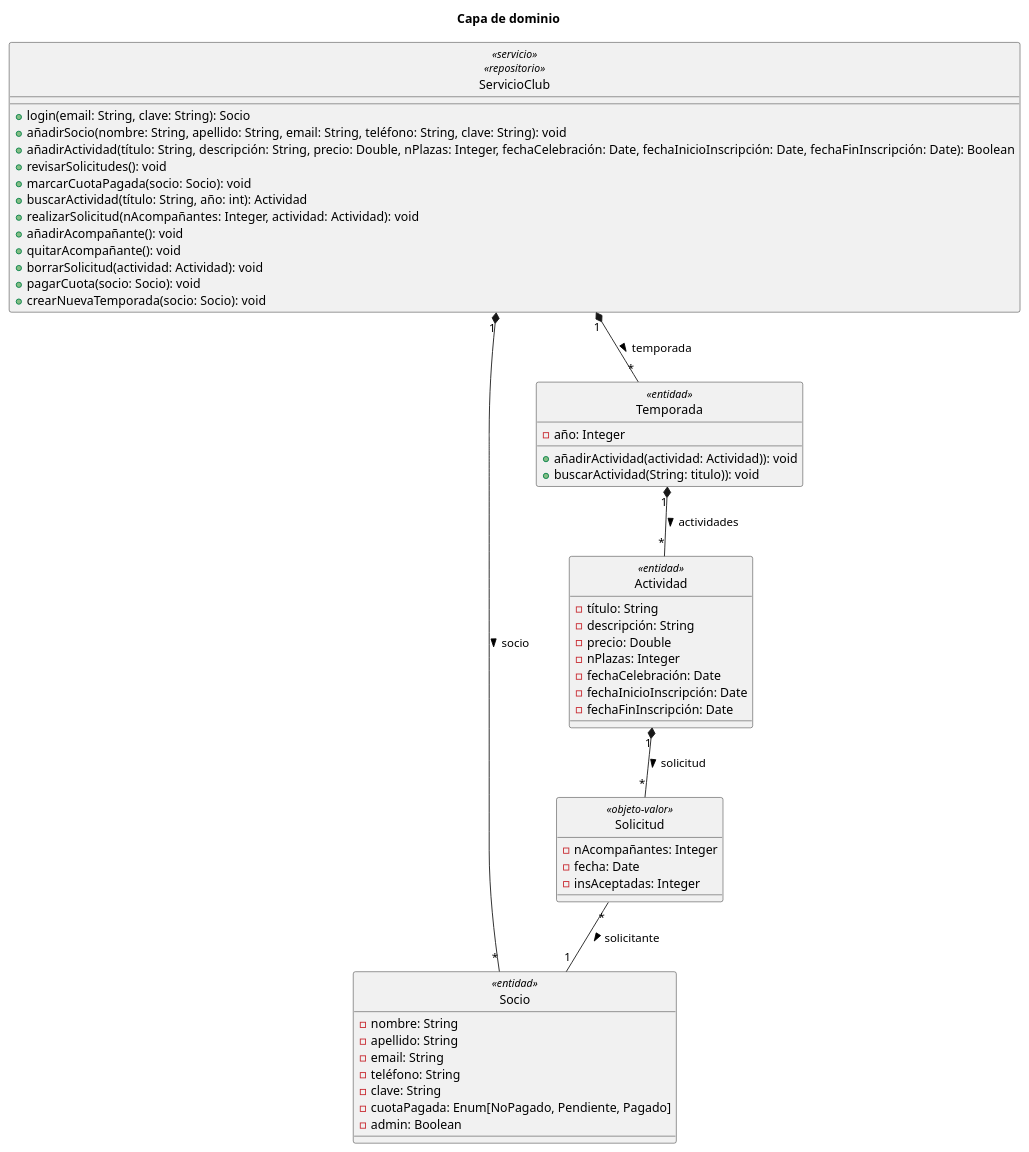
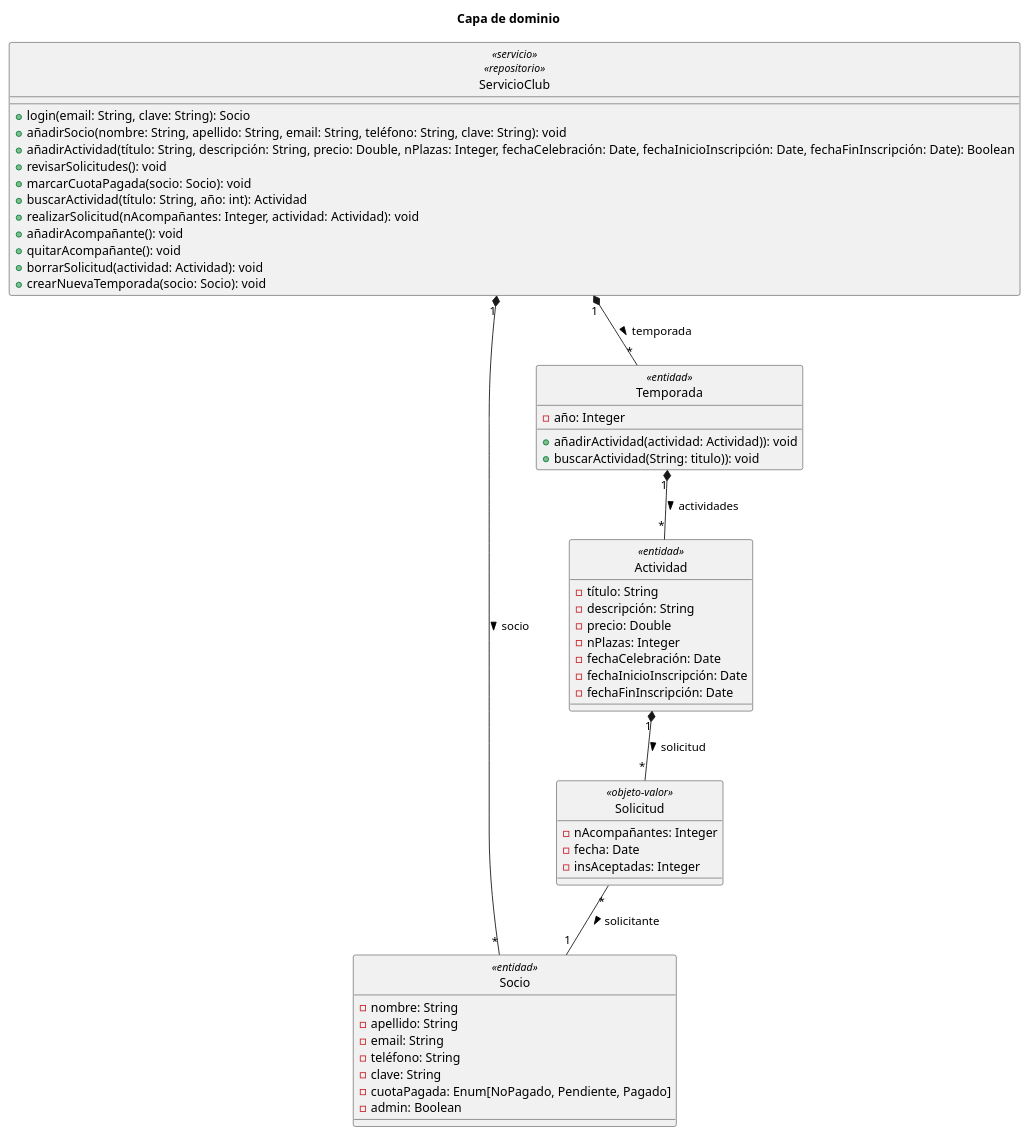
The diagram in diagramaDominio.puml (fjja0004/DAE-2024-fjja0004-scr00043-jfb00009), drawn with PlantUML before and after one commit. The commit also changed 2 other files, not shown here.

Commit message:
borro PagarCuota y modificacion bool cuotaPagada

```diff
--- a/diagramaDominio.puml
+++ b/diagramaDominio.puml
@@ -1,60 +1,59 @@
 @startuml
 title "Capa de dominio"
 hide circle
 'skinparam classAttributeIconSize 0
 
 class ServicioClub <<servicio>> <<repositorio>> {
     + login(email: String, clave: String): Socio
     + añadirSocio(nombre: String, apellido: String, email: String, teléfono: String, clave: String): void
     + añadirActividad(título: String, descripción: String, precio: Double, nPlazas: Integer, fechaCelebración: Date, fechaInicioInscripción: Date, fechaFinInscripción: Date): Boolean
     + revisarSolicitudes(): void
     + marcarCuotaPagada(socio: Socio): void
     + buscarActividad(título: String, año: int): Actividad
     + realizarSolicitud(nAcompañantes: Integer, actividad: Actividad): void
     + añadirAcompañante(): void
     + quitarAcompañante(): void
     + borrarSolicitud(actividad: Actividad): void
-    + pagarCuota(socio: Socio): void
     + crearNuevaTemporada(socio: Socio): void
 }
 
 class Socio <<entidad>> {
 - nombre: String
 - apellido: String
 - email: String
 - teléfono: String
 - clave: String
 - cuotaPagada: Enum[NoPagado, Pendiente, Pagado]
 - admin: Boolean
 }
 
 class Actividad <<entidad>> {
 - título: String
 - descripción: String
 - precio: Double
 - nPlazas: Integer
 - fechaCelebración: Date
 - fechaInicioInscripción: Date
 - fechaFinInscripción: Date
 }
 
 class Solicitud <<objeto-valor>> {
 - nAcompañantes: Integer
 - fecha: Date
 - insAceptadas: Integer
 }
 
 class Temporada <<entidad>> {
 - año: Integer
     + añadirActividad(actividad: Actividad)): void
     + buscarActividad(String: titulo)): void
 
 }
 
 Solicitud "*" -- "1" Socio : > solicitante
 Actividad "1" *-- "*" Solicitud : > solicitud
 Temporada "1" *-- "*" Actividad : > actividades
 ServicioClub "1" *-- "*" Socio : > socio
 ServicioClub "1" *-- "*" Temporada : > temporada
 
 @enduml
```
